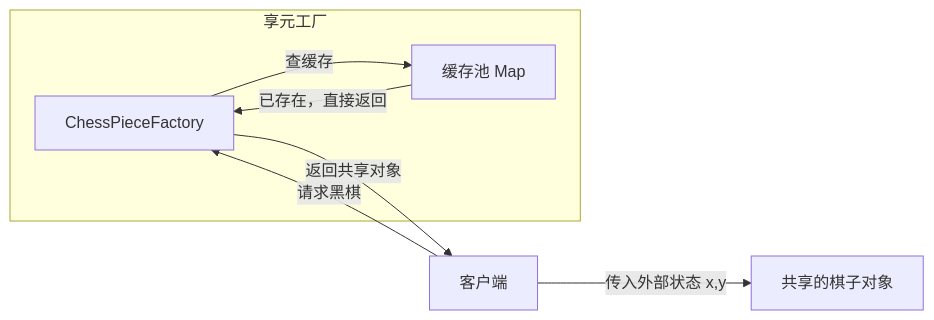
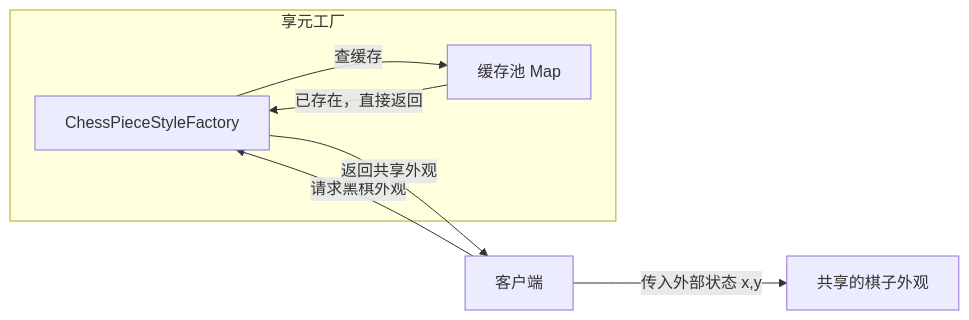
Before and after one commit to b1tzer/the-stack: the diagram in docs/design-pattern/02-structural/chapter-07-flyweight.md, drawn with Mermaid. The commit also changed other lines of this file and 7 other files, not shown here.

````diff
--- a/docs/design-pattern/02-structural/chapter-07-flyweight.md
+++ b/docs/design-pattern/02-structural/chapter-07-flyweight.md
@@ -43,12 +45,12 @@
 ```mermaid
 flowchart LR
     subgraph 享元工厂
-        A[ChessPieceFactory]
+        A[ChessPieceStyleFactory]
         B[缓存池 Map]
     end
-    C[客户端] -->|请求黑棋| A
+    C[客户端] -->|请求黑棋外观| A
     A -->|查缓存| B
     B -->|已存在，直接返回| A
-    A -->|返回共享对象| C
-    C -->|传入外部状态 x,y| D[共享的棋子对象]
+    A -->|返回共享外观| C
+    C -->|传入外部状态 x,y| D[共享的棋子外观]
 ```
````
